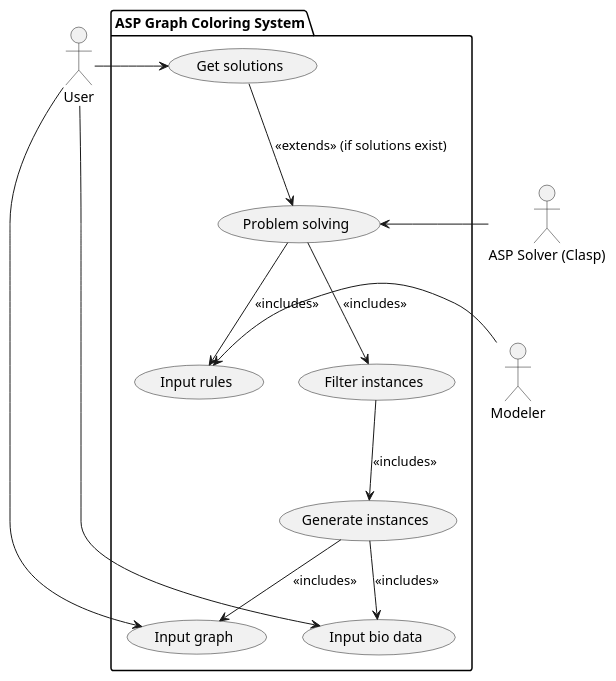
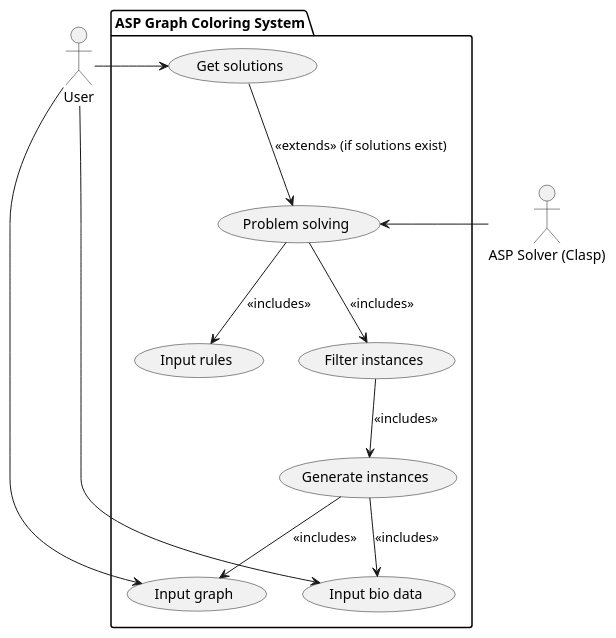
The diagram in uml/use_case.puml (rami3l/ecn-pappl-asp), drawn with PlantUML before and after one commit. The commit also changed 1 other file, not shown here.

```diff
--- a/uml/use_case.puml
+++ b/uml/use_case.puml
@@ -1,28 +1,28 @@
 @startuml Graph Coloring with ASP
 top to bottom direction
 
 actor User
-actor Modeler
+'actor Modeler
 actor "ASP Solver (Clasp)" as Solver
 package "ASP Graph Coloring System" {
     usecase "Input graph" as graph
     usecase "Input bio data" as data
     usecase "Input rules" as rules
     usecase "Generate instances" as inst
     usecase "Filter instances" as filter
     usecase "Get solutions" as solution
     usecase "Problem solving" as solving
     User -> graph
     User -> data
-    Modeler -> rules
+    'Modeler -> rules
     User -> solution
     Solver -> solving
     filter --> inst : <<includes>>
     inst --> graph : <<includes>>
     inst --> data : <<includes>>
     solving --> filter : <<includes>>
     solving --> rules : <<includes>>
     solution --> solving : <<extends>> (if solutions exist)
 }
 
 @enduml
```
